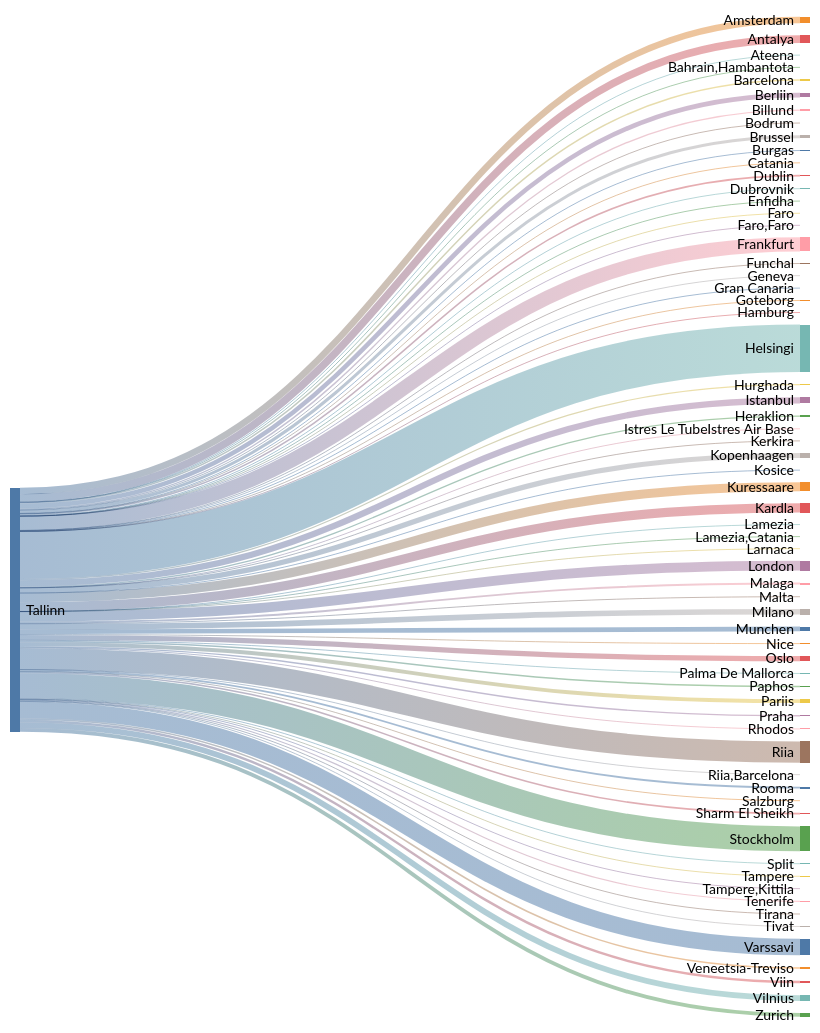
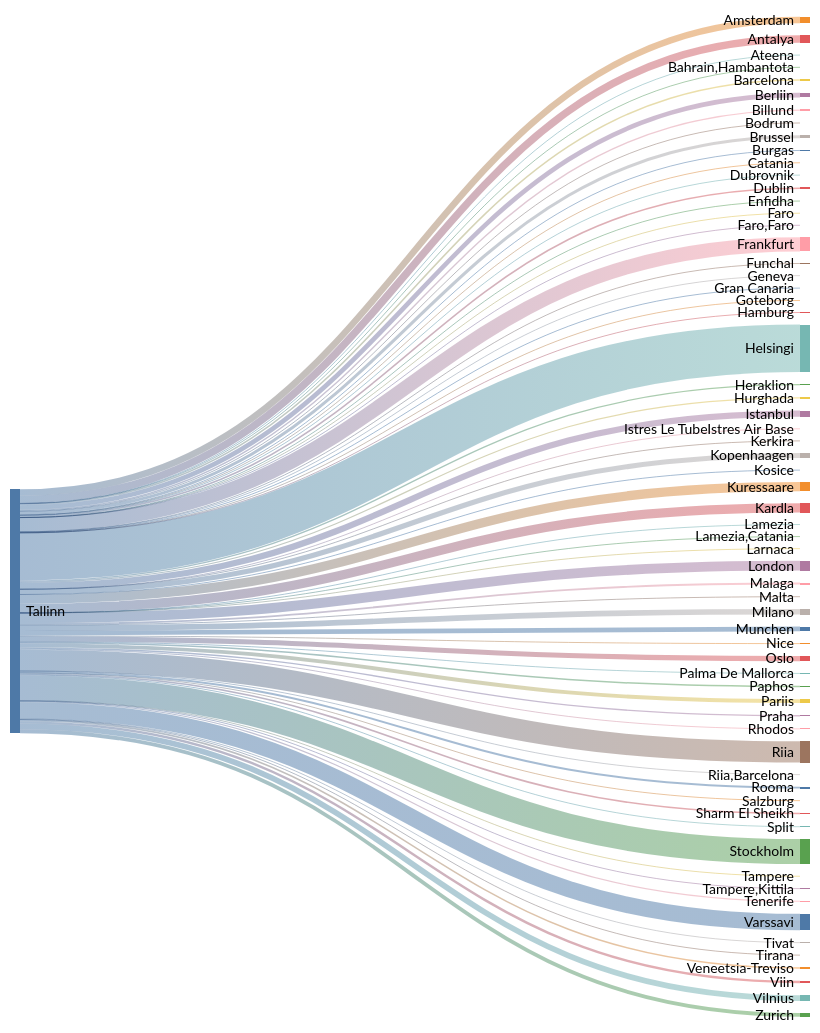
The second of 2 diagrams in README.md (rainermesi/tll-airport-departures), drawn with Mermaid (forest theme) before and after one commit. The commit also changed other lines of this file, not shown here.

````diff
--- a/README.md
+++ b/README.md
@@ -34,77 +34,77 @@
 ```mermaid
 ---
 config:
   sankey:
     showValues: false
     width: 800
     height: 1000
 ---
 sankey-beta
 %% source,target,value
-Tallinn,Amsterdam,231
+Tallinn,Amsterdam,232
 Tallinn,Antalya,265
 Tallinn,Ateena,16
 Tallinn,"Bahrain,Hambantota",1
 Tallinn,Barcelona,53
-Tallinn,Berliin,163
+Tallinn,Berliin,164
 Tallinn,Billund,49
 Tallinn,Bodrum,11
 Tallinn,Brussel,107
 Tallinn,Burgas,21
 Tallinn,Catania,2
-Tallinn,Dublin,54
+Tallinn,Dublin,55
 Tallinn,Dubrovnik,21
 Tallinn,Enfidha,7
 Tallinn,Faro,4
 Tallinn,"Faro,Faro",1
-Tallinn,Frankfurt,498
+Tallinn,Frankfurt,500
 Tallinn,Funchal,5
-Tallinn,Geneva,6
+Tallinn,Geneva,7
 Tallinn,Gran Canaria,26
 Tallinn,Goteborg,1
 Tallinn,Hamburg,1
-Tallinn,Helsingi,1680
+Tallinn,Helsingi,1686
 Tallinn,Heraklion,46
-Tallinn,Hurghada,40
-Tallinn,Istanbul,220
+Tallinn,Hurghada,42
+Tallinn,Istanbul,221
 Tallinn,Istres Le TubeIstres Air Base,2
 Tallinn,Kerkira,4
 Tallinn,Kopenhaagen,182
 Tallinn,Kosice,1
-Tallinn,Kuressaare,325
-Tallinn,Kardla,325
+Tallinn,Kuressaare,326
+Tallinn,Kardla,326
 Tallinn,Lamezia,1
 Tallinn,"Lamezia,Catania",3
 Tallinn,Larnaca,4
-Tallinn,London,348
+Tallinn,London,350
 Tallinn,Malaga,67
 Tallinn,Malta,15
-Tallinn,Milano,200
-Tallinn,Munchen,164
+Tallinn,Milano,201
+Tallinn,Munchen,165
 Tallinn,Nice,25
 Tallinn,Oslo,184
 Tallinn,Palma De Mallorca,19
 Tallinn,Paphos,53
 Tallinn,Pariis,137
 Tallinn,Praha,49
 Tallinn,Rhodos,32
-Tallinn,Riia,751
+Tallinn,Riia,755
 Tallinn,"Riia,Barcelona",1
 Tallinn,Rooma,67
-Tallinn,Salzburg,7
+Tallinn,Salzburg,8
 Tallinn,Sharm El Sheikh,57
 Tallinn,Split,25
-Tallinn,Stockholm,881
+Tallinn,Stockholm,884
 Tallinn,Tampere,17
-Tallinn,"Tampere,Kittila",8
+Tallinn,"Tampere,Kittila",9
 Tallinn,Tenerife,40
 Tallinn,Tirana,8
 Tallinn,Tivat,26
-Tallinn,Varssavi,579
+Tallinn,Varssavi,582
 Tallinn,Veneetsia-Treviso,54
-Tallinn,Viin,86
+Tallinn,Viin,87
 Tallinn,Vilnius,204
-Tallinn,Zurich,135
+Tallinn,Zurich,136
 
 
 ```
````
